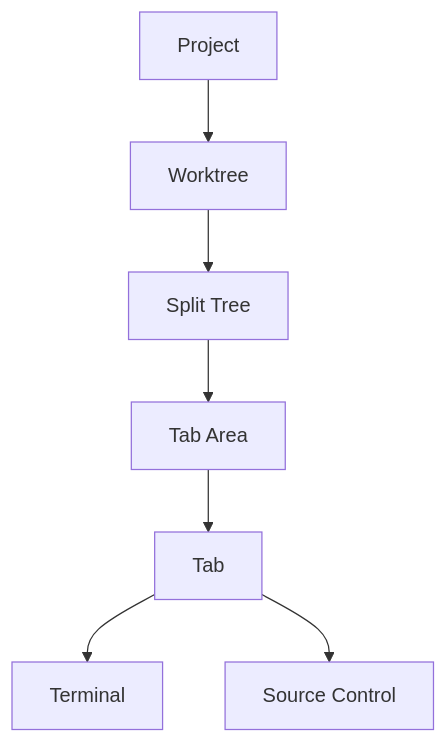
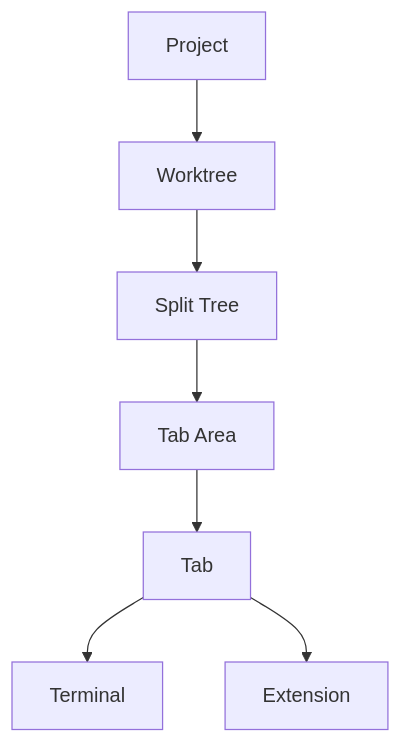
One commit to Mu-L/muxy changed the diagram in docs/README.md. Above: the diagram before and after it, drawn with Mermaid. The commit also changed other lines of this file and 38 other files, not shown here.

````diff
--- a/docs/README.md
+++ b/docs/README.md
@@ -7,9 +7,9 @@
 ```mermaid
 flowchart TB
   Project --> Worktree
   Worktree --> Splits[Split Tree]
   Splits --> TabArea[Tab Area]
   TabArea --> Tab
   Tab --> Terminal
-  Tab --> VCS[Source Control]
+  Tab --> Extension
 ```
````
